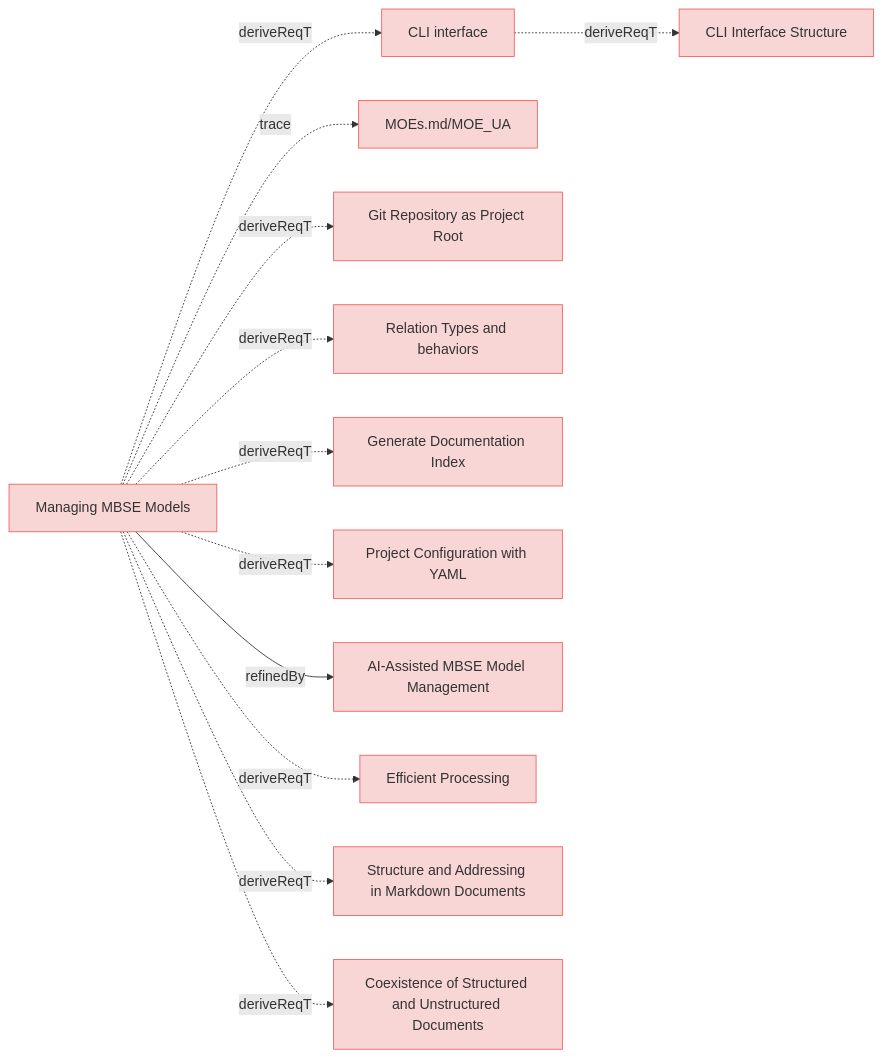
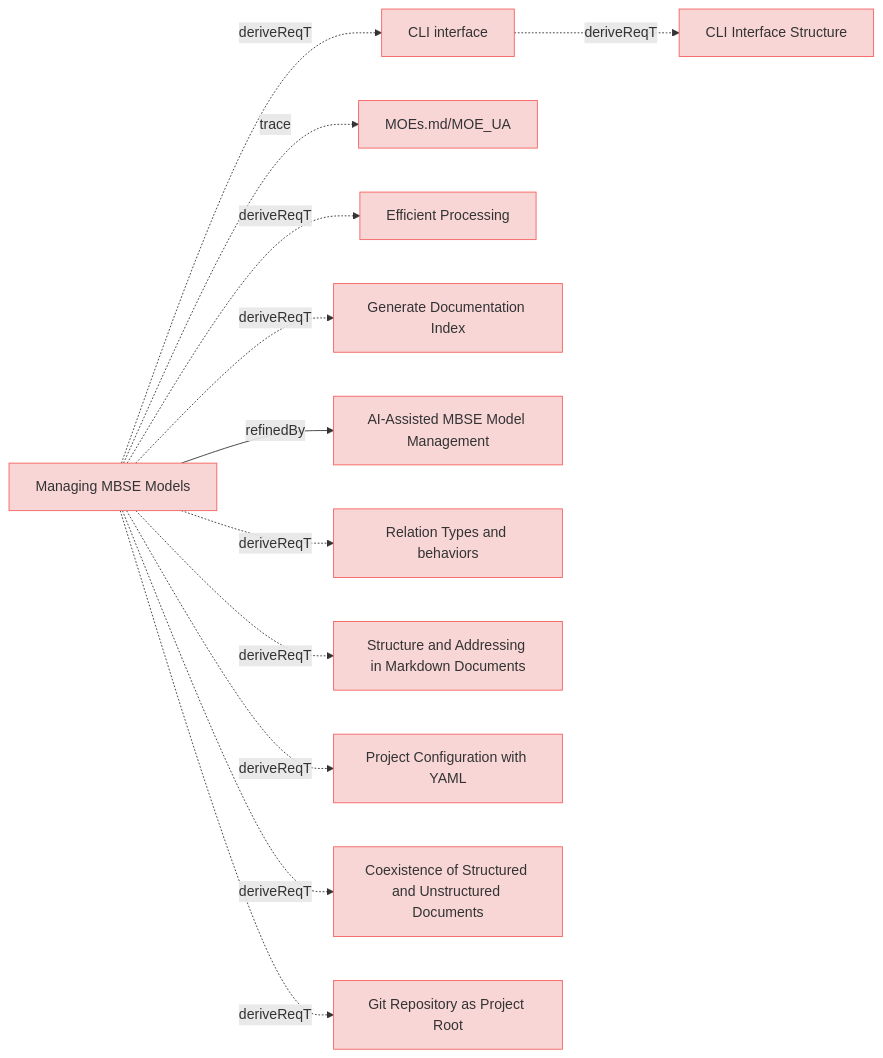
One commit to reqvire-org/reqvire changed the ninth of 9 diagrams in specifications/UserRequirements.md. Above: the diagram before and after it, drawn with Mermaid. The commit also changed other lines of this file and 64 other files, not shown here.

````diff
--- a/specifications/UserRequirements.md
+++ b/specifications/UserRequirements.md
@@ -855,57 +867,57 @@
 ```mermaid
 graph LR;
   %% REQVIRE-AUTOGENERATED-DIAGRAM
   %% Graph styling
   classDef requirement fill:#f9d6d6,stroke:#f55f5f,stroke-width:1px;
   classDef verification fill:#d6f9d6,stroke:#5fd75f,stroke-width:1px;
   classDef externalLink fill:#d0e0ff,stroke:#3080ff,stroke-width:1px;
   classDef default fill:#f5f5f5,stroke:#333333,stroke-width:1px;
 
   f28849d46c19af44["CLI interface"];
   class f28849d46c19af44 requirement;
   click f28849d46c19af44 "UserRequirements.md#cli-interface";
   8f22faacdb454b23["CLI Interface Structure"];
   class 8f22faacdb454b23 requirement;
   click 8f22faacdb454b23 "SystemRequirements/Requirements.md#cli-interface-structure";
   f28849d46c19af44 -.->|deriveReqT| 8f22faacdb454b23;
   e61b7c1baa89bfc6["Managing MBSE Models"];
   class e61b7c1baa89bfc6 requirement;
   click e61b7c1baa89bfc6 "UserStories.md#managing-mbse-models";
   2c5f30f14e792200["MOEs.md/MOE_UA"];
   class 2c5f30f14e792200 requirement;
   click 2c5f30f14e792200 "MOEs.md#moe_ua";
   e61b7c1baa89bfc6 -.->|trace| 2c5f30f14e792200;
+  e61b7c1baa89bfc6 -.->|deriveReqT| f28849d46c19af44;
+  d193d11c43776bec["Efficient Processing"];
+  class d193d11c43776bec requirement;
+  click d193d11c43776bec "ManagingMbseModelsRequirements.md#efficient-processing";
+  e61b7c1baa89bfc6 -.->|deriveReqT| d193d11c43776bec;
+  c2b6c74b77726ad9["Generate Documentation Index"];
+  class c2b6c74b77726ad9 requirement;
+  click c2b6c74b77726ad9 "UserRequirements.md#generate-documentation-index";
+  e61b7c1baa89bfc6 -.->|deriveReqT| c2b6c74b77726ad9;
+  cd2d5dab49985ca2["AI-Assisted MBSE Model Management"];
+  class cd2d5dab49985ca2 requirement;
+  click cd2d5dab49985ca2 "UserStories.md#ai-assisted-mbse-model-management";
+  e61b7c1baa89bfc6 -->|refinedBy| cd2d5dab49985ca2;
+  551906d5c51d91d9["Relation Types and behaviors"];
+  class 551906d5c51d91d9 requirement;
+  click 551906d5c51d91d9 "SpecificationsRequirements.md#relation-types-and-behaviors";
+  e61b7c1baa89bfc6 -.->|deriveReqT| 551906d5c51d91d9;
+  ade67c27bc5d3bbd["Structure and Addressing in Markdown Documents"];
+  class ade67c27bc5d3bbd requirement;
+  click ade67c27bc5d3bbd "SpecificationsRequirements.md#structure-and-addressing-in-markdown-documents";
+  e61b7c1baa89bfc6 -.->|deriveReqT| ade67c27bc5d3bbd;
+  16b4b380c917deb1["Project Configuration with YAML"];
+  class 16b4b380c917deb1 requirement;
+  click 16b4b380c917deb1 "ManagingMbseModelsRequirements.md#project-configuration-with-yaml";
+  e61b7c1baa89bfc6 -.->|deriveReqT| 16b4b380c917deb1;
+  f0d721424636370e["Coexistence of Structured and Unstructured Documents"];
+  class f0d721424636370e requirement;
+  click f0d721424636370e "ManagingMbseModelsRequirements.md#coexistence-of-structured-and-unstructured-documents";
+  e61b7c1baa89bfc6 -.->|deriveReqT| f0d721424636370e;
   649d72765b13e14f["Git Repository as Project Root"];
   class 649d72765b13e14f requirement;
   click 649d72765b13e14f "ManagingMbseModelsRequirements.md#git-repository-as-project-root";
   e61b7c1baa89bfc6 -.->|deriveReqT| 649d72765b13e14f;
-  551906d5c51d91d9["Relation Types and behaviors"];
-  class 551906d5c51d91d9 requirement;
-  click 551906d5c51d91d9 "SpecificationsRequirements.md#relation-types-and-behaviors";
-  e61b7c1baa89bfc6 -.->|deriveReqT| 551906d5c51d91d9;
-  c2b6c74b77726ad9["Generate Documentation Index"];
-  class c2b6c74b77726ad9 requirement;
-  click c2b6c74b77726ad9 "UserRequirements.md#generate-documentation-index";
-  e61b7c1baa89bfc6 -.->|deriveReqT| c2b6c74b77726ad9;
-  16b4b380c917deb1["Project Configuration with YAML"];
-  class 16b4b380c917deb1 requirement;
-  click 16b4b380c917deb1 "ManagingMbseModelsRequirements.md#project-configuration-with-yaml";
-  e61b7c1baa89bfc6 -.->|deriveReqT| 16b4b380c917deb1;
-  cd2d5dab49985ca2["AI-Assisted MBSE Model Management"];
-  class cd2d5dab49985ca2 requirement;
-  click cd2d5dab49985ca2 "UserStories.md#ai-assisted-mbse-model-management";
-  e61b7c1baa89bfc6 -->|refinedBy| cd2d5dab49985ca2;
-  d193d11c43776bec["Efficient Processing"];
-  class d193d11c43776bec requirement;
-  click d193d11c43776bec "ManagingMbseModelsRequirements.md#efficient-processing";
-  e61b7c1baa89bfc6 -.->|deriveReqT| d193d11c43776bec;
-  e61b7c1baa89bfc6 -.->|deriveReqT| f28849d46c19af44;
-  ade67c27bc5d3bbd["Structure and Addressing in Markdown Documents"];
-  class ade67c27bc5d3bbd requirement;
-  click ade67c27bc5d3bbd "SpecificationsRequirements.md#structure-and-addressing-in-markdown-documents";
-  e61b7c1baa89bfc6 -.->|deriveReqT| ade67c27bc5d3bbd;
-  f0d721424636370e["Coexistence of Structured and Unstructured Documents"];
-  class f0d721424636370e requirement;
-  click f0d721424636370e "ManagingMbseModelsRequirements.md#coexistence-of-structured-and-unstructured-documents";
-  e61b7c1baa89bfc6 -.->|deriveReqT| f0d721424636370e;
 ```
````
